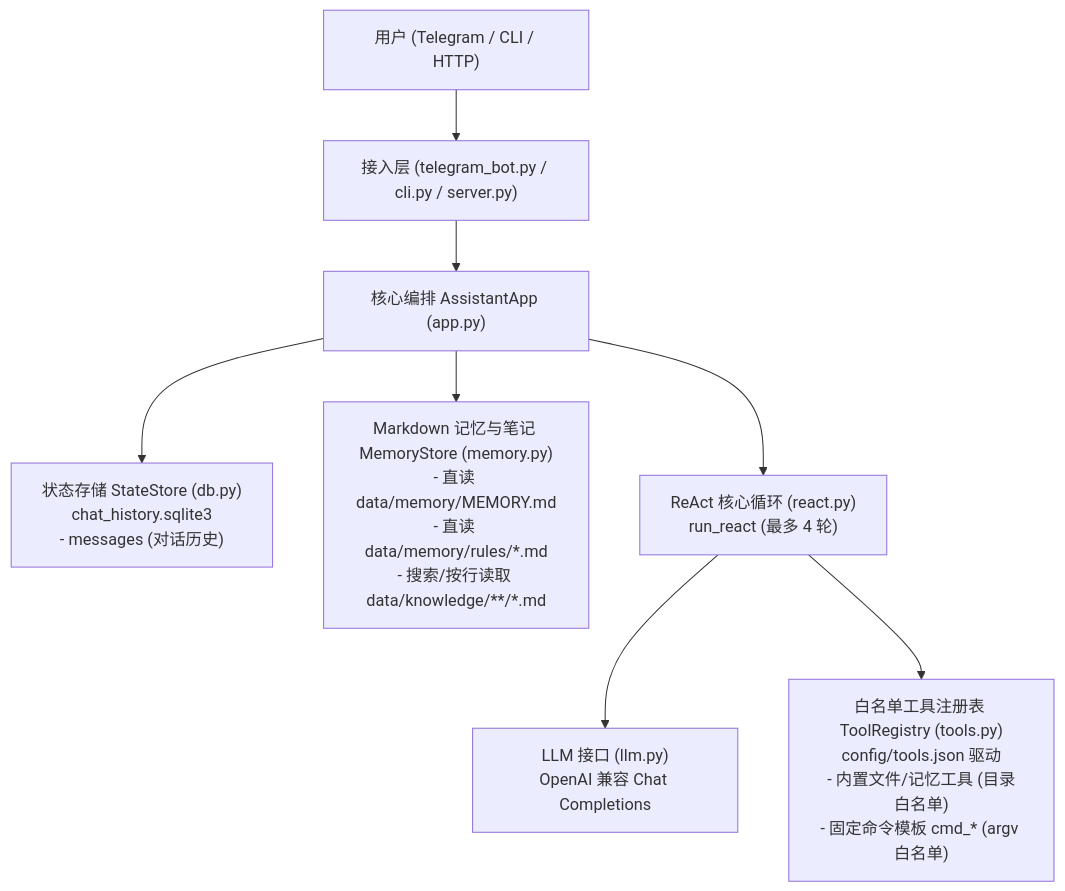
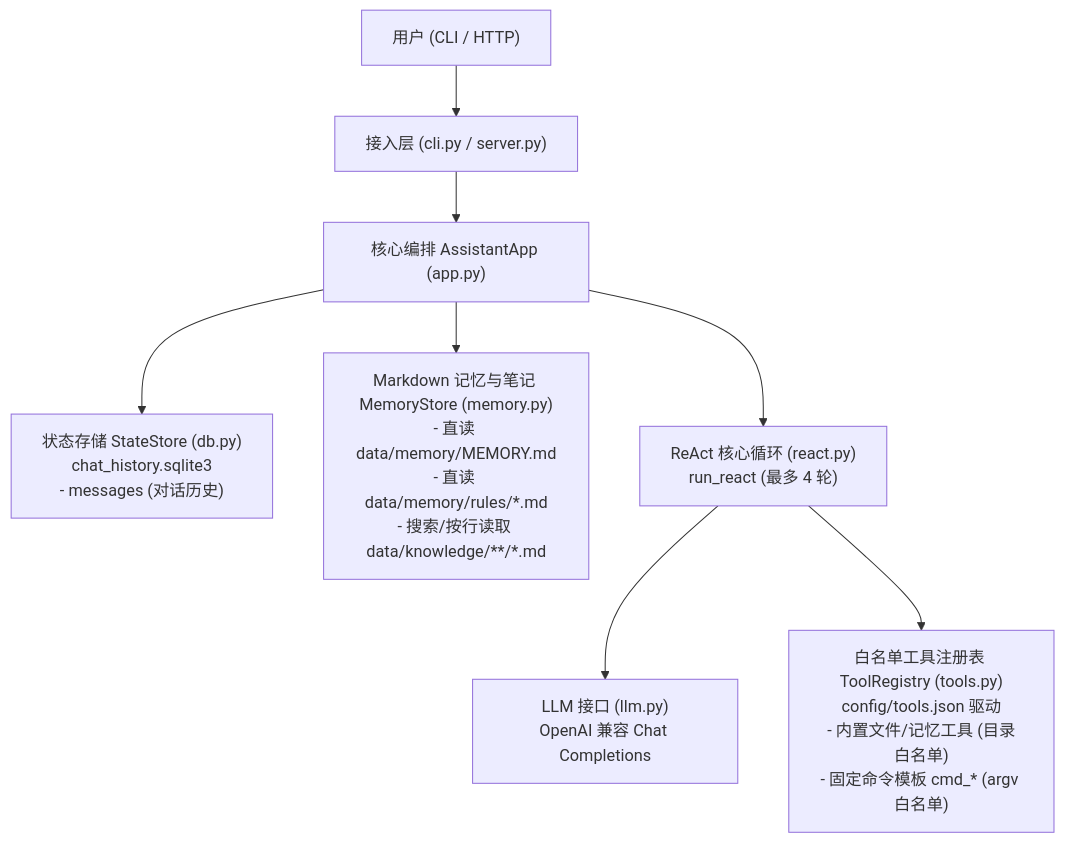
Before and after one commit to geng628/my-helper: the diagram in docs/mvp-design.md, drawn with Mermaid. The commit also changed other lines of this file and 3 other files, not shown here.

Commit message:
chore: remove all Telegram references and focus on local CLI/API

````diff
--- a/docs/mvp-design.md
+++ b/docs/mvp-design.md
@@ -29,10 +29,10 @@
 ```mermaid
 flowchart TD
-    User["用户 (Telegram / CLI / HTTP)"] --> Entry["接入层 (telegram_bot.py / cli.py / server.py)"]
+    User["用户 (CLI / HTTP)"] --> Entry["接入层 (cli.py / server.py)"]
     Entry --> App["核心编排 AssistantApp (app.py)"]
     App --> State["状态存储 StateStore (db.py)\nchat_history.sqlite3\n- messages (对话历史)"]
     App --> Mem["Markdown 记忆与笔记 MemoryStore (memory.py)\n- 直读 data/memory/MEMORY.md\n- 直读 data/memory/rules/*.md\n- 搜索/按行读取 data/knowledge/**/*.md"]
     App --> Loop["ReAct 核心循环 (react.py)\nrun_react (最多 4 轮)"]
     Loop --> LLM["LLM 接口 (llm.py)\nOpenAI 兼容 Chat Completions"]
     Loop --> Tools["白名单工具注册表 ToolRegistry (tools.py)\nconfig/tools.json 驱动\n- 内置文件/记忆工具 (目录白名单)\n- 固定命令模板 cmd_* (argv 白名单)"]
 ```
````
